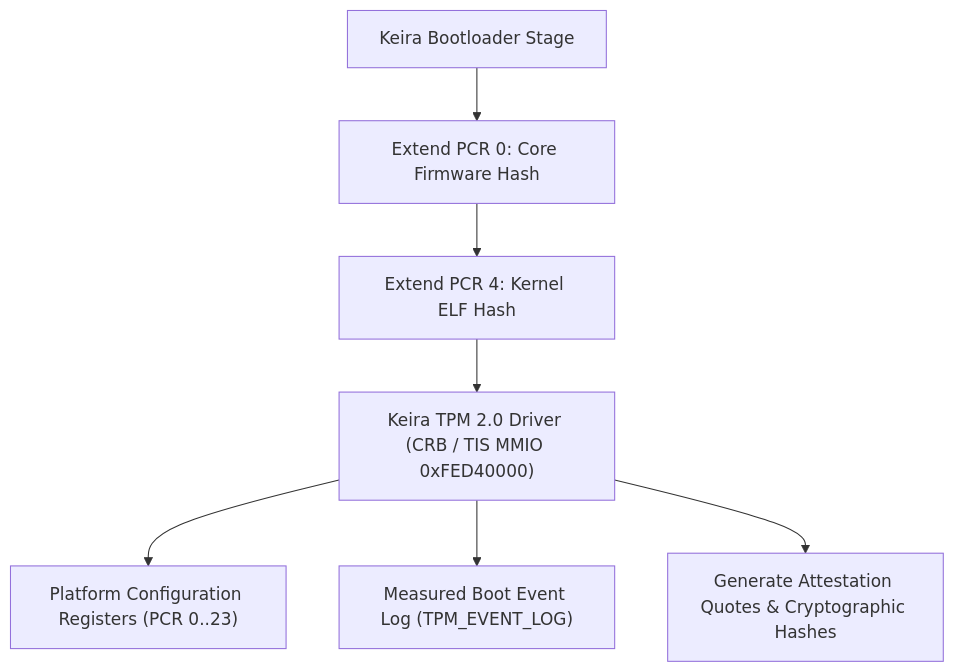
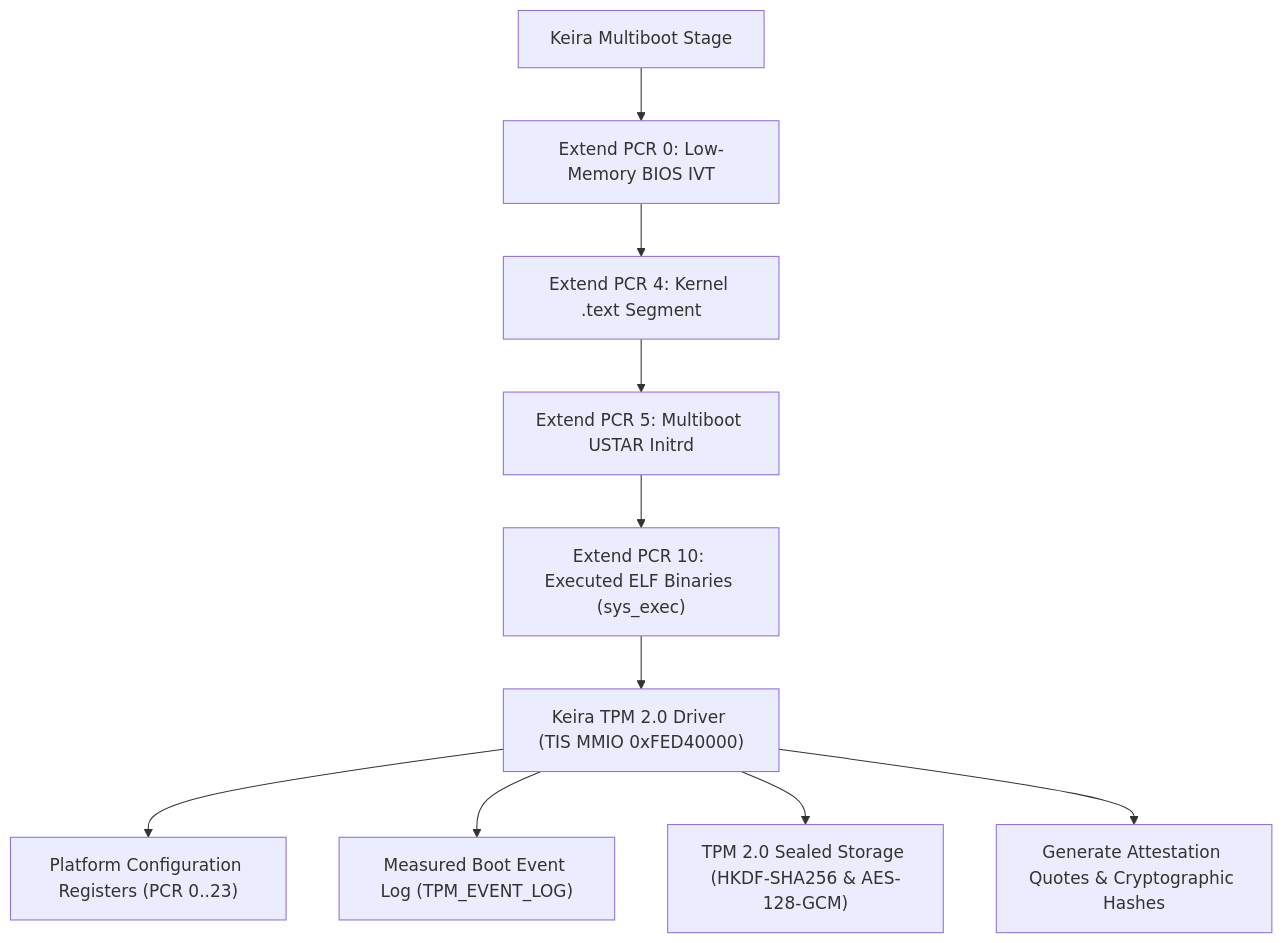
Before and after one commit to mrvlous/keira: the diagram in docs/crypto/tpm.md, drawn with Mermaid. The commit also changed other lines of this file and 11 other files, not shown here.

Commit message:
feat(crypto): implement TPM 2.0 sealed storage, measured boot and tis locality

````diff
--- a/docs/crypto/tpm.md
+++ b/docs/crypto/tpm.md
@@ -11,9 +11,12 @@
 ```mermaid
 graph TD
-    Firmware["Keira Bootloader Stage"] --> MeasureBIOS["Extend PCR 0: Core Firmware Hash"]
-    MeasureBIOS --> MeasureKernel["Extend PCR 4: Kernel ELF Hash"]
-    MeasureKernel --> TPMDriver["Keira TPM 2.0 Driver (CRB / TIS MMIO 0xFED40000)"]
+    Bootloader["Keira Multiboot Stage"] --> MeasureIVT["Extend PCR 0: Low-Memory BIOS IVT"]
+    MeasureIVT --> MeasureKernel["Extend PCR 4: Kernel .text Segment"]
+    MeasureKernel --> MeasureInitrd["Extend PCR 5: Multiboot USTAR Initrd"]
+    MeasureInitrd --> MeasureExec["Extend PCR 10: Executed ELF Binaries (sys_exec)"]
+    MeasureExec --> TPMDriver["Keira TPM 2.0 Driver (TIS MMIO 0xFED40000)"]
     TPMDriver --> PCRs["Platform Configuration Registers (PCR 0..23)"]
     TPMDriver --> EventLog["Measured Boot Event Log (TPM_EVENT_LOG)"]
+    TPMDriver --> SealedStorage["TPM 2.0 Sealed Storage (HKDF-SHA256 & AES-128-GCM)"]
     TPMDriver --> Quote["Generate Attestation Quotes & Cryptographic Hashes"]
 ```
````
